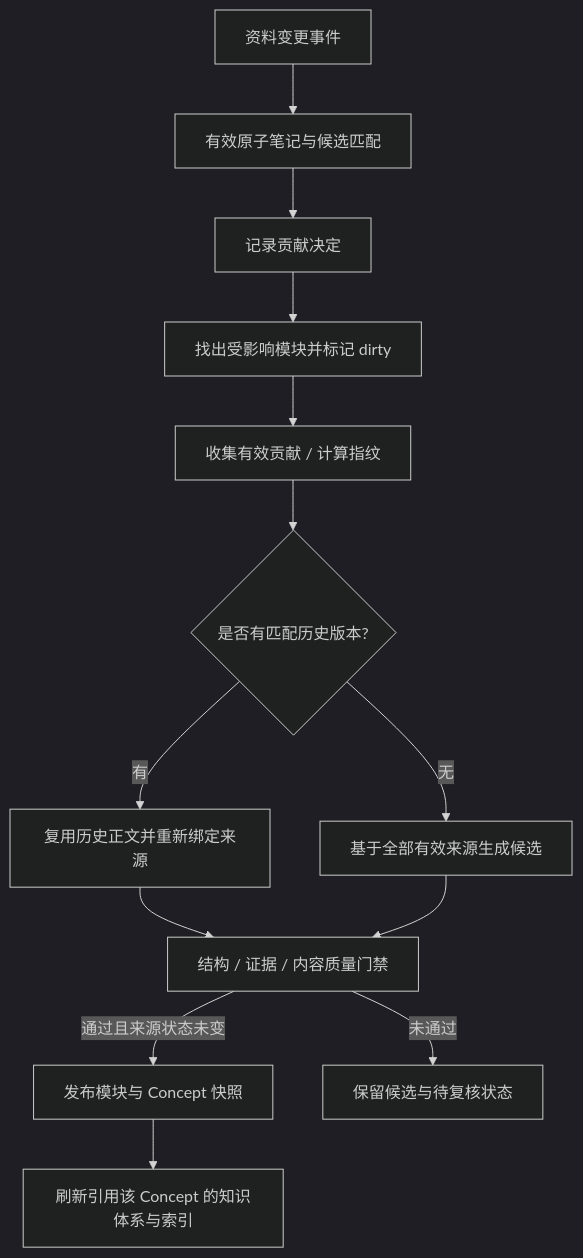
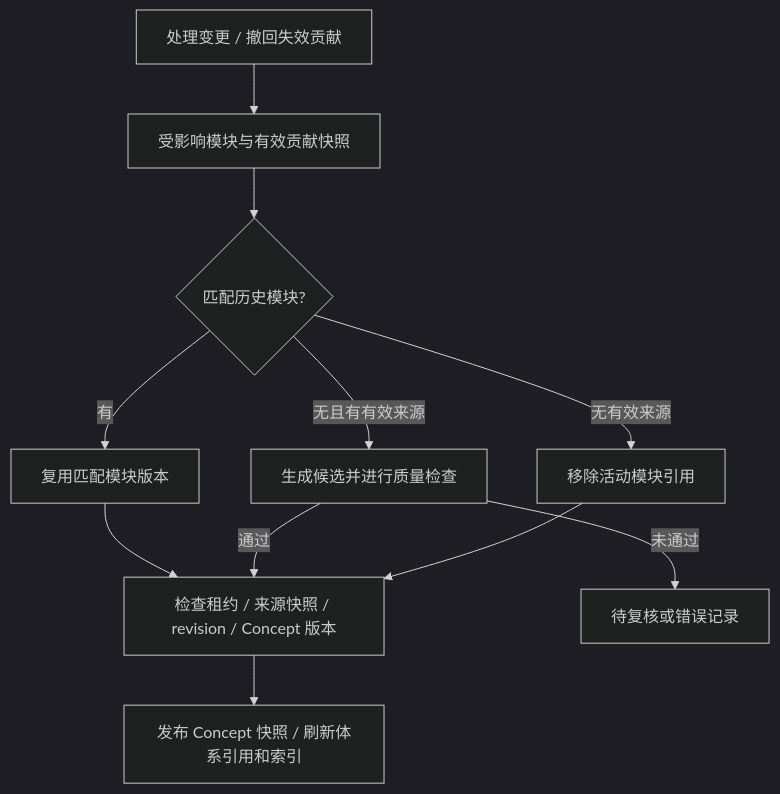
One commit to JaegerZhao/Noodle_Agent changed the diagram in docs/KNOWLEDGE-SYNC.md. Above: the diagram before and after it, drawn with Mermaid (dark theme). The commit also changed other lines of this file and 6 other files, not shown here.

Commit message:
docs: align architecture and operations with current implementation

````diff
--- a/docs/KNOWLEDGE-SYNC.md
+++ b/docs/KNOWLEDGE-SYNC.md
@@ -15,15 +43,13 @@
 ```mermaid
 flowchart TD
-    A[资料变更事件] --> B[有效原子笔记与候选匹配]
-    B --> C[记录贡献决定]
-    C --> D[找出受影响模块并标记 dirty]
-    D --> E[收集有效贡献 / 计算指纹]
-    E --> F{是否有匹配历史版本?}
-    F -->|有| G[复用历史正文并重新绑定来源]
-    F -->|无| H[基于全部有效来源生成候选]
-    G --> I[结构 / 证据 / 内容质量门禁]
-    H --> I
-    I -->|通过且来源状态未变| J[发布模块与 Concept 快照]
-    I -->|未通过| K[保留候选与待复核状态]
-    J --> L[刷新引用该 Concept 的知识体系与索引]
+    A[处理变更 / 撤回失效贡献] --> B[受影响模块与有效贡献快照]
+    B --> C{匹配历史模块?}
+    C -->|有| D[复用匹配模块版本]
+    C -->|无且有有效来源| E[生成候选并进行质量检查]
+    C -->|无有效来源| F[移除活动模块引用]
+    D --> G[检查租约 / 来源快照 / revision / Concept 版本]
+    E -->|通过| G
+    E -->|未通过| H[待复核或错误记录]
+    F --> G
+    G --> I[发布 Concept 快照 / 刷新体系引用和索引]
 ```
````
